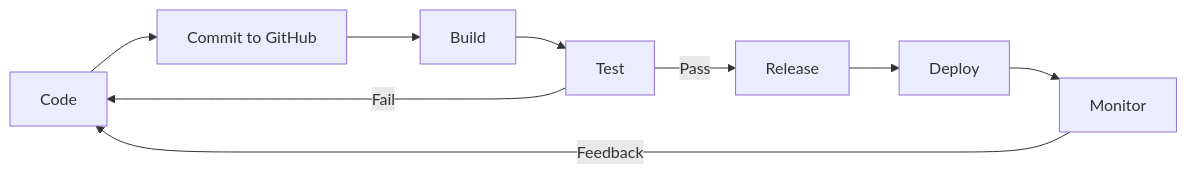
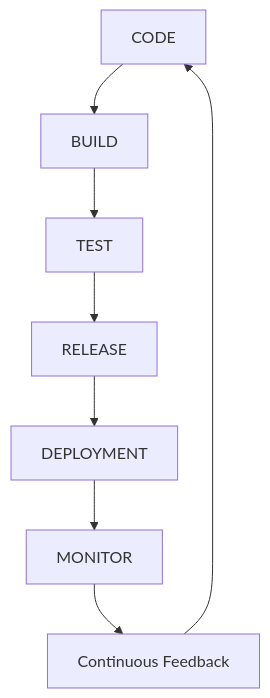
The diagram in contributions/NB25CSE113-GSKoushik.md (bhoomikass-ui/SEA-UNIT-5-LA), drawn with Mermaid before and after one commit. The commit also changed other lines of this file, not shown here.

````diff
--- a/contributions/NB25CSE113-GSKoushik.md
+++ b/contributions/NB25CSE113-GSKoushik.md
@@ -77,11 +78,10 @@
 ```mermaid
-flowchart LR
-    A[Code] --> B[Commit to GitHub]
-    B --> C[Build]
-    C --> D[Test]
-    D -- Fail --> A
-    D -- Pass --> E[Release]
-    E --> F[Deploy]
-    F --> G[Monitor]
-    G -- Feedback --> A
+flowchart TD
+    A[CODE] --> B[BUILD]
+    B --> C[TEST]
+    C --> D[RELEASE]
+    D --> E[DEPLOYMENT]
+    E --> F[MONITOR]
+    F --> G[Continuous Feedback]
+    G --> A
 ```
````
